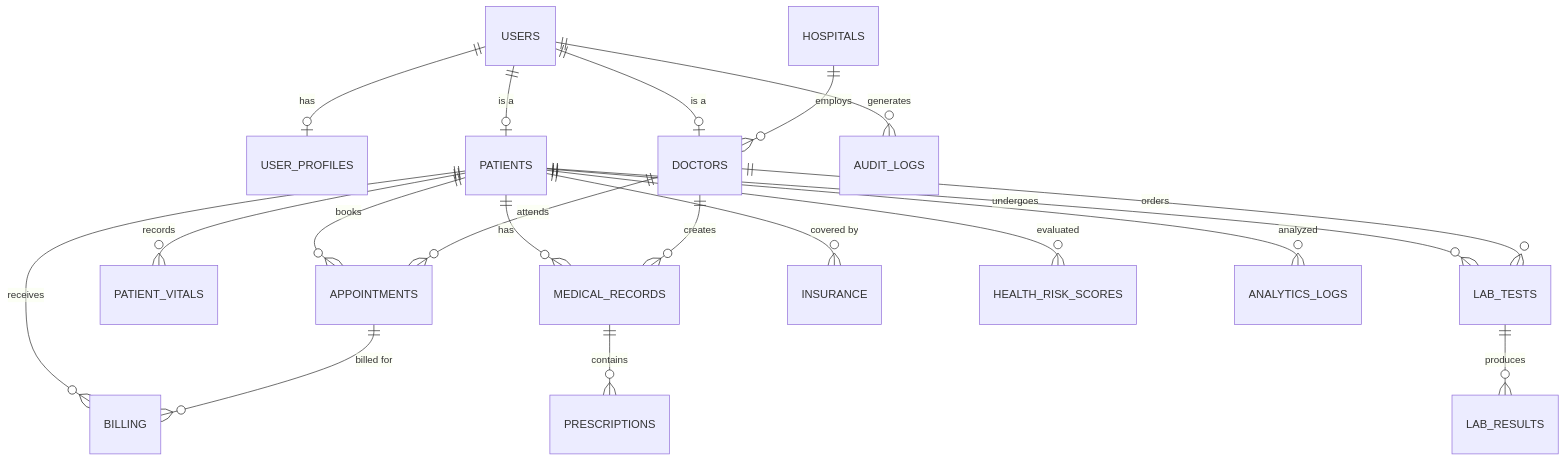
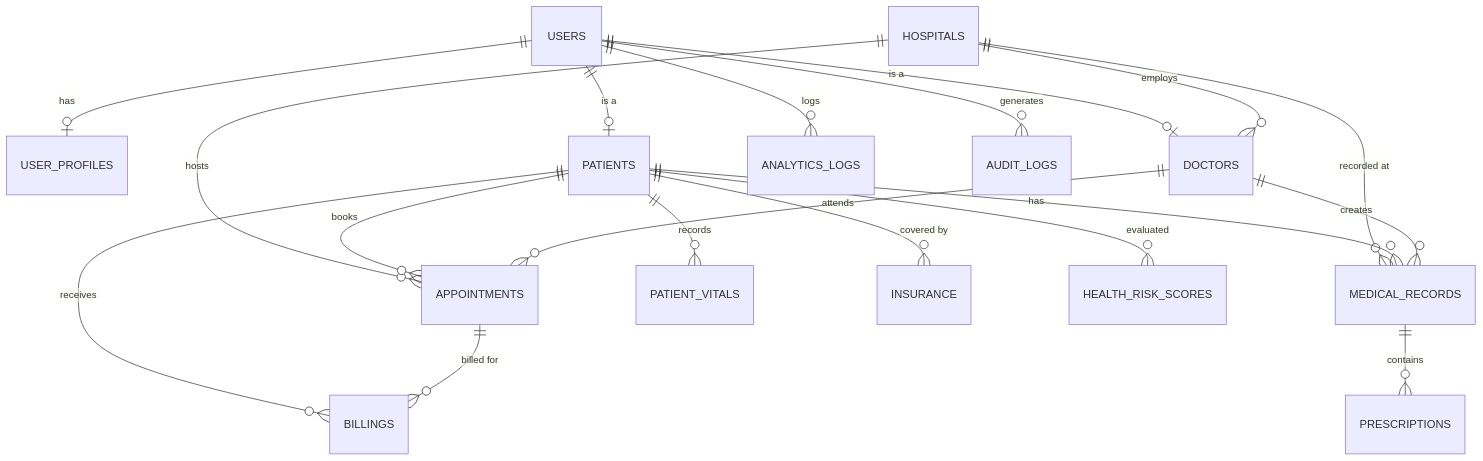
One commit to UmarIqbal000/DBMS-PROJECT-2CSE12 changed the diagram in Database Queries/Complete_Database_Queries.md. Above: the diagram before and after it, drawn with Mermaid. The commit also changed other lines of this file, not shown here.

Commit message:
fix: Correct table count and update schema details in Complete Database Queries

````diff
--- a/Database Queries/Complete_Database_Queries.md
+++ b/Database Queries/Complete_Database_Queries.md
@@ -28,29 +28,27 @@
 ```mermaid
 erDiagram
     USERS ||--o| USER_PROFILES : has
     USERS ||--o| PATIENTS : "is a"
     USERS ||--o| DOCTORS : "is a"
+    USERS ||--o{ ANALYTICS_LOGS : logs
     USERS ||--o{ AUDIT_LOGS : generates
 
     HOSPITALS ||--o{ DOCTORS : employs
+    HOSPITALS ||--o{ APPOINTMENTS : hosts
+    HOSPITALS ||--o{ MEDICAL_RECORDS : "recorded at"
 
     PATIENTS ||--o{ APPOINTMENTS : books
     DOCTORS  ||--o{ APPOINTMENTS : attends
 
     PATIENTS ||--o{ PATIENT_VITALS : records
     PATIENTS ||--o{ MEDICAL_RECORDS : has
     DOCTORS  ||--o{ MEDICAL_RECORDS : creates
 
     MEDICAL_RECORDS ||--o{ PRESCRIPTIONS : contains
 
-    PATIENTS ||--o{ LAB_TESTS : undergoes
-    DOCTORS  ||--o{ LAB_TESTS : orders
-    LAB_TESTS ||--o{ LAB_RESULTS : produces
-
-    PATIENTS ||--o{ BILLING : receives
-    APPOINTMENTS ||--o{ BILLING : "billed for"
+    PATIENTS ||--o{ BILLINGS : receives
+    APPOINTMENTS ||--o{ BILLINGS : "billed for"
     PATIENTS ||--o{ INSURANCE : "covered by"
 
     PATIENTS ||--o{ HEALTH_RISK_SCORES : evaluated
-    PATIENTS ||--o{ ANALYTICS_LOGS : analyzed
 ```
````
